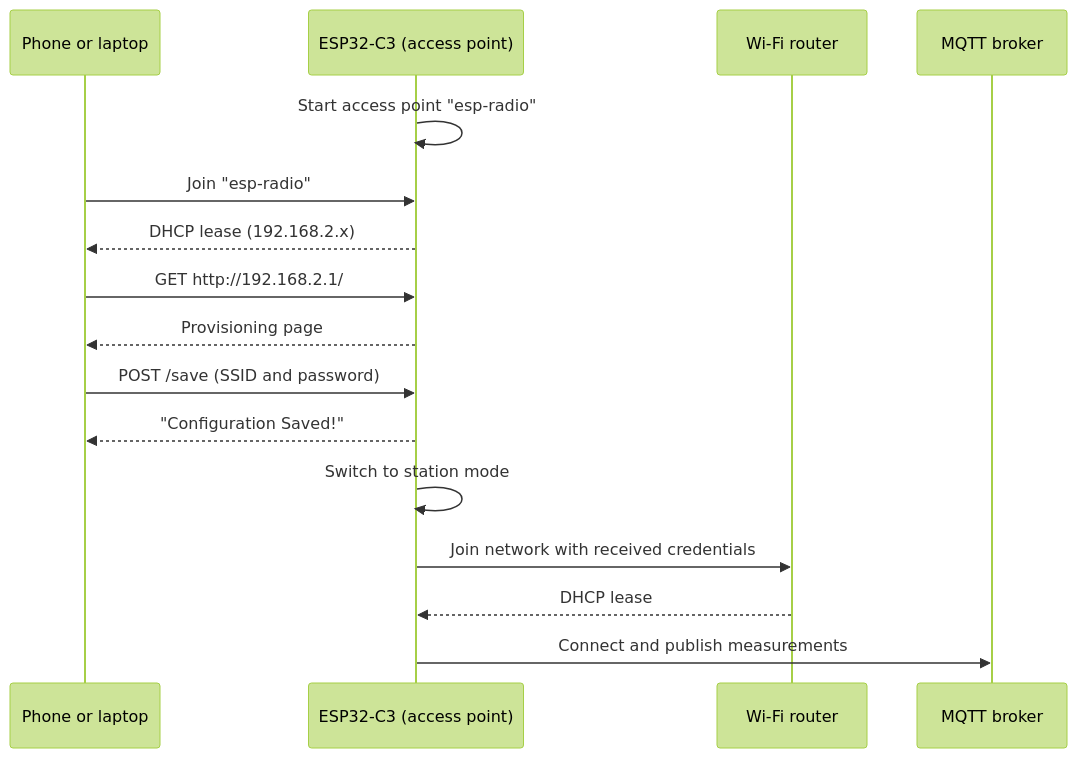
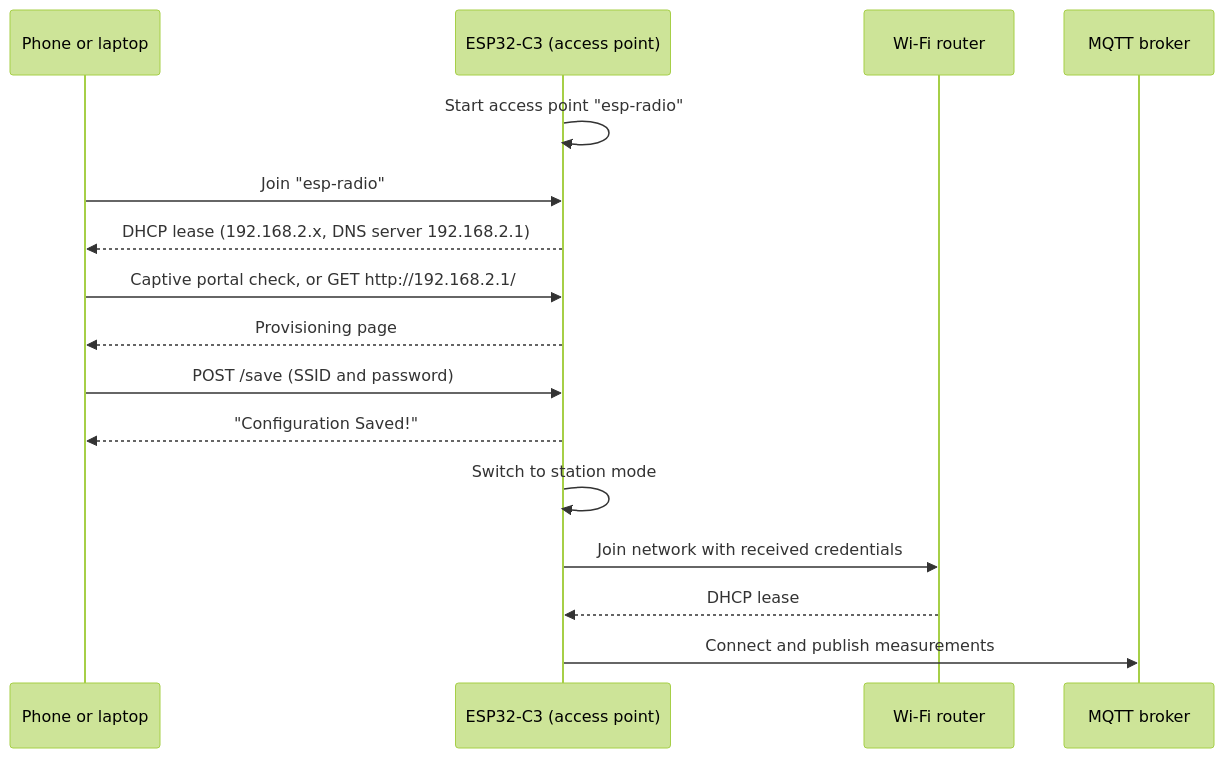
One commit to SergioGasquez/no_std-training changed the diagram in training/application/wifi-provisioning.md. Above: the diagram before and after it, drawn with Mermaid (forest theme). The commit also changed other lines of this file and 6 other files, not shown here.

````diff
--- a/training/application/wifi-provisioning.md
+++ b/training/application/wifi-provisioning.md
@@ -28,19 +28,19 @@
 ```mermaid
 sequenceDiagram
     participant User as Phone or laptop
     participant AP as ESP32-C3 (access point)
     participant Router as Wi-Fi router
     participant Broker as MQTT broker
 
     AP->>AP: Start access point "esp-radio"
     User->>AP: Join "esp-radio"
-    AP-->>User: DHCP lease (192.168.2.x)
-    User->>AP: GET http://192.168.2.1/
+    AP-->>User: DHCP lease (192.168.2.x, DNS server 192.168.2.1)
+    User->>AP: Captive portal check, or GET http://192.168.2.1/
     AP-->>User: Provisioning page
     User->>AP: POST /save (SSID and password)
     AP-->>User: "Configuration Saved!"
     AP->>AP: Switch to station mode
     AP->>Router: Join network with received credentials
     Router-->>AP: DHCP lease
     AP->>Broker: Connect and publish measurements
 ```
````
